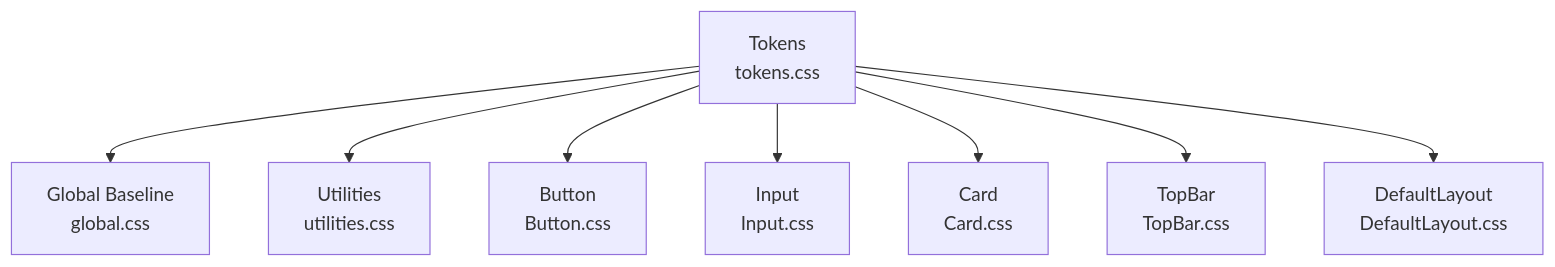
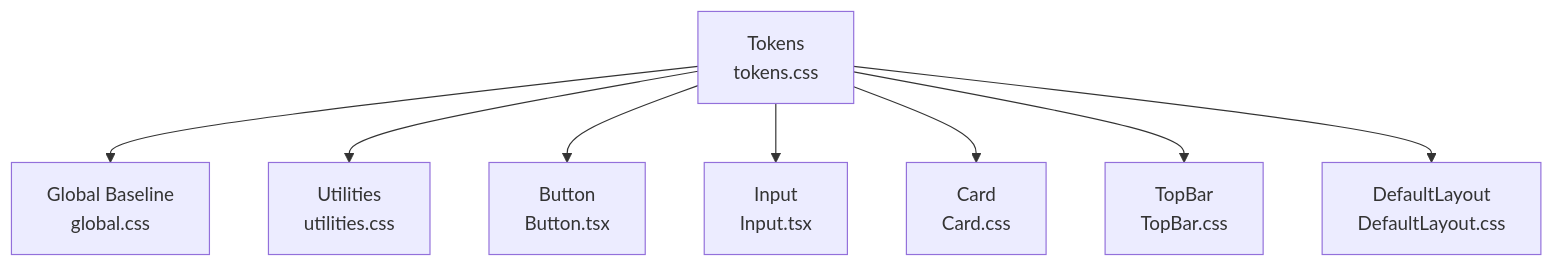
Before and after one commit to srustivd940-star/design-system: the second of 9 diagrams in .qoder/repowiki/en/content/Design System Foundation.md, drawn with Mermaid. The commit also changed other lines of this file and 22 other files, not shown here.

````diff
--- a/.qoder/repowiki/en/content/Design System Foundation.md
+++ b/.qoder/repowiki/en/content/Design System Foundation.md
@@ -124,18 +161,18 @@
 ```mermaid
 graph TB
 TOK["Tokens<br/>tokens.css"]
 GLB["Global Baseline<br/>global.css"]
 UT["Utilities<br/>utilities.css"]
-BTN["Button<br/>Button.css"]
-INP["Input<br/>Input.css"]
+BTN["Button<br/>Button.tsx"]
+INP["Input<br/>Input.tsx"]
 CAR["Card<br/>Card.css"]
 TOP["TopBar<br/>TopBar.css"]
 DL["DefaultLayout<br/>DefaultLayout.css"]
 TOK --> GLB
 TOK --> UT
 TOK --> BTN
 TOK --> INP
 TOK --> CAR
 TOK --> TOP
 TOK --> DL
 ```
````
